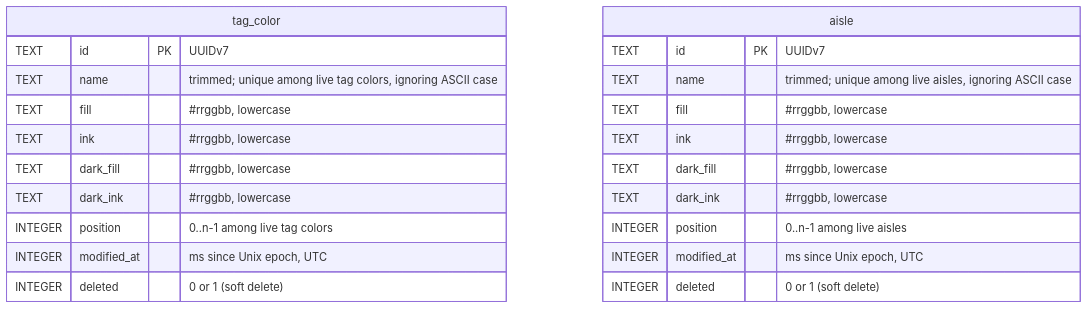
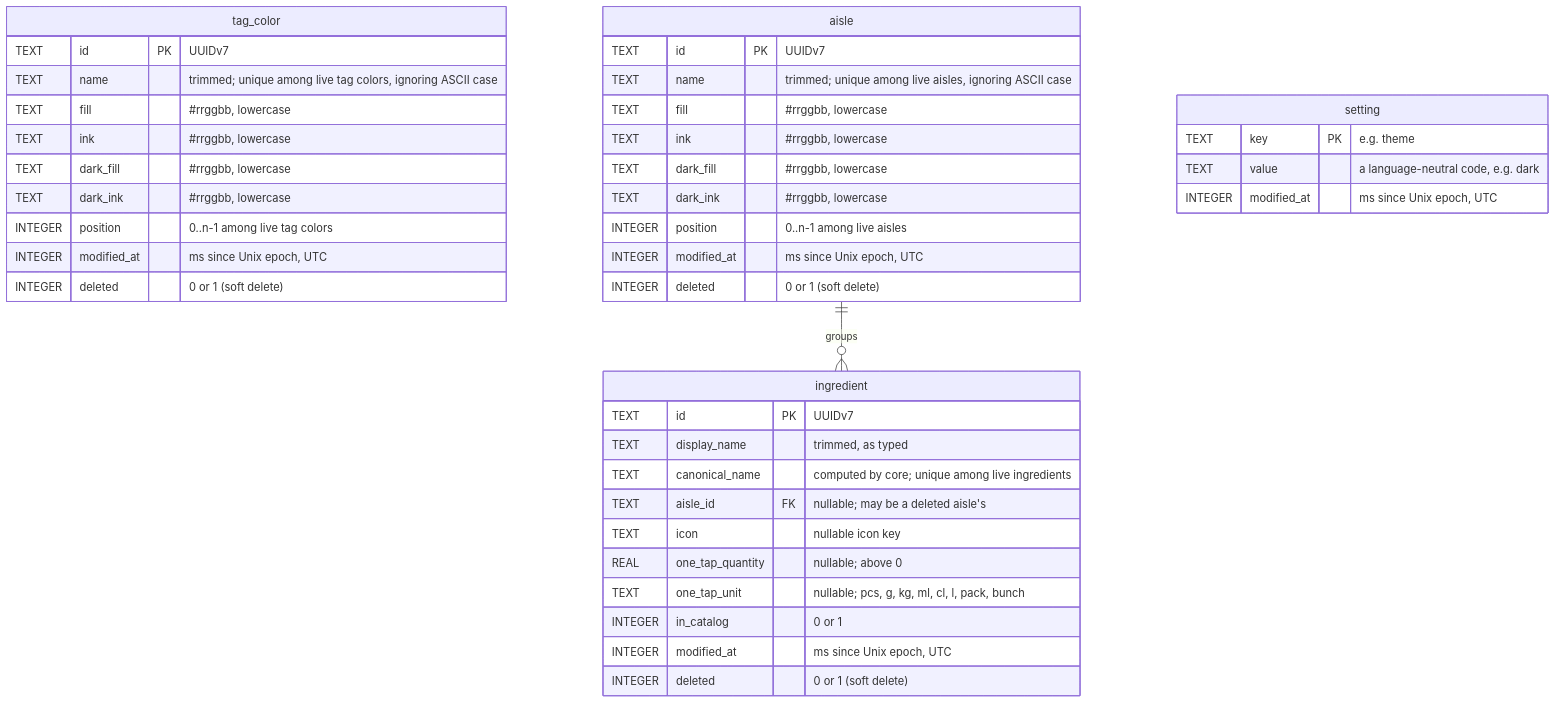
The diagram in docs/schema.md (nyquo/ProjectCookBook), drawn with Mermaid before and after one commit. The commit also changed other lines of this file and 122 other files, not shown here.

````diff
--- a/docs/schema.md
+++ b/docs/schema.md
@@ -5,25 +5,43 @@
 ```mermaid
 erDiagram
     tag_color {
         TEXT id PK "UUIDv7"
         TEXT name "trimmed; unique among live tag colors, ignoring ASCII case"
         TEXT fill "#rrggbb, lowercase"
         TEXT ink "#rrggbb, lowercase"
         TEXT dark_fill "#rrggbb, lowercase"
         TEXT dark_ink "#rrggbb, lowercase"
         INTEGER position "0..n-1 among live tag colors"
         INTEGER modified_at "ms since Unix epoch, UTC"
         INTEGER deleted "0 or 1 (soft delete)"
     }
     aisle {
         TEXT id PK "UUIDv7"
         TEXT name "trimmed; unique among live aisles, ignoring ASCII case"
         TEXT fill "#rrggbb, lowercase"
         TEXT ink "#rrggbb, lowercase"
         TEXT dark_fill "#rrggbb, lowercase"
         TEXT dark_ink "#rrggbb, lowercase"
         INTEGER position "0..n-1 among live aisles"
         INTEGER modified_at "ms since Unix epoch, UTC"
         INTEGER deleted "0 or 1 (soft delete)"
     }
+    ingredient {
+        TEXT id PK "UUIDv7"
+        TEXT display_name "trimmed, as typed"
+        TEXT canonical_name "computed by core; unique among live ingredients"
+        TEXT aisle_id FK "nullable; may be a deleted aisle's"
+        TEXT icon "nullable icon key"
+        REAL one_tap_quantity "nullable; above 0"
+        TEXT one_tap_unit "nullable; pcs, g, kg, ml, cl, l, pack, bunch"
+        INTEGER in_catalog "0 or 1"
+        INTEGER modified_at "ms since Unix epoch, UTC"
+        INTEGER deleted "0 or 1 (soft delete)"
+    }
+    setting {
+        TEXT key PK "e.g. theme"
+        TEXT value "a language-neutral code, e.g. dark"
+        INTEGER modified_at "ms since Unix epoch, UTC"
+    }
+    aisle ||--o{ ingredient : "groups"
 ```
````
